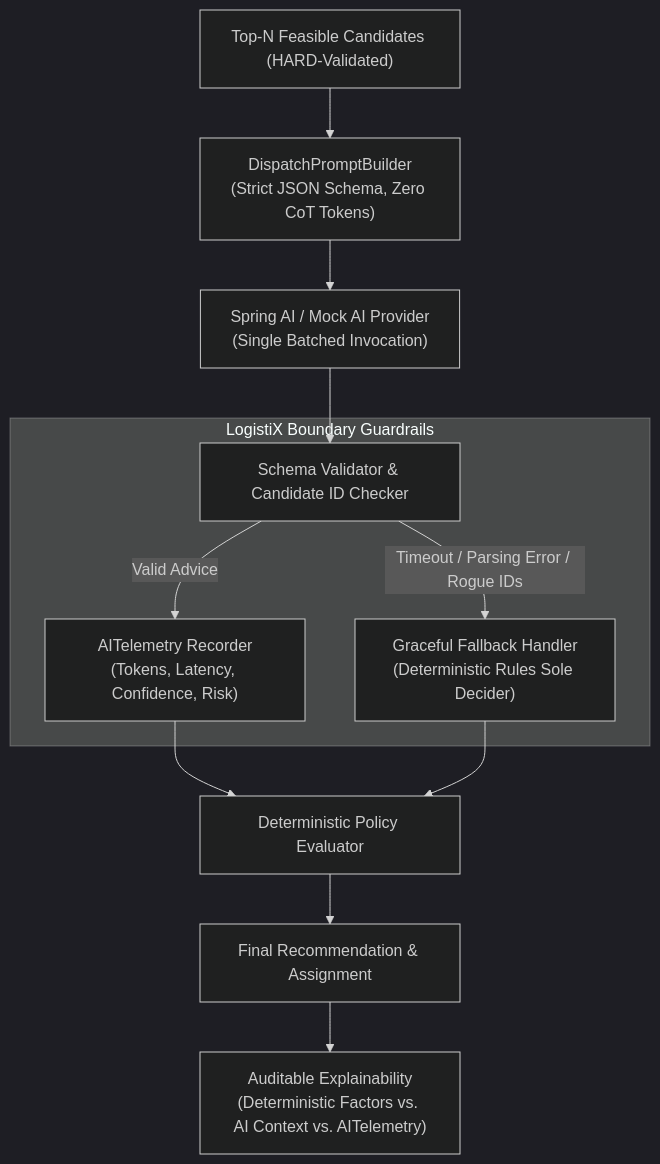
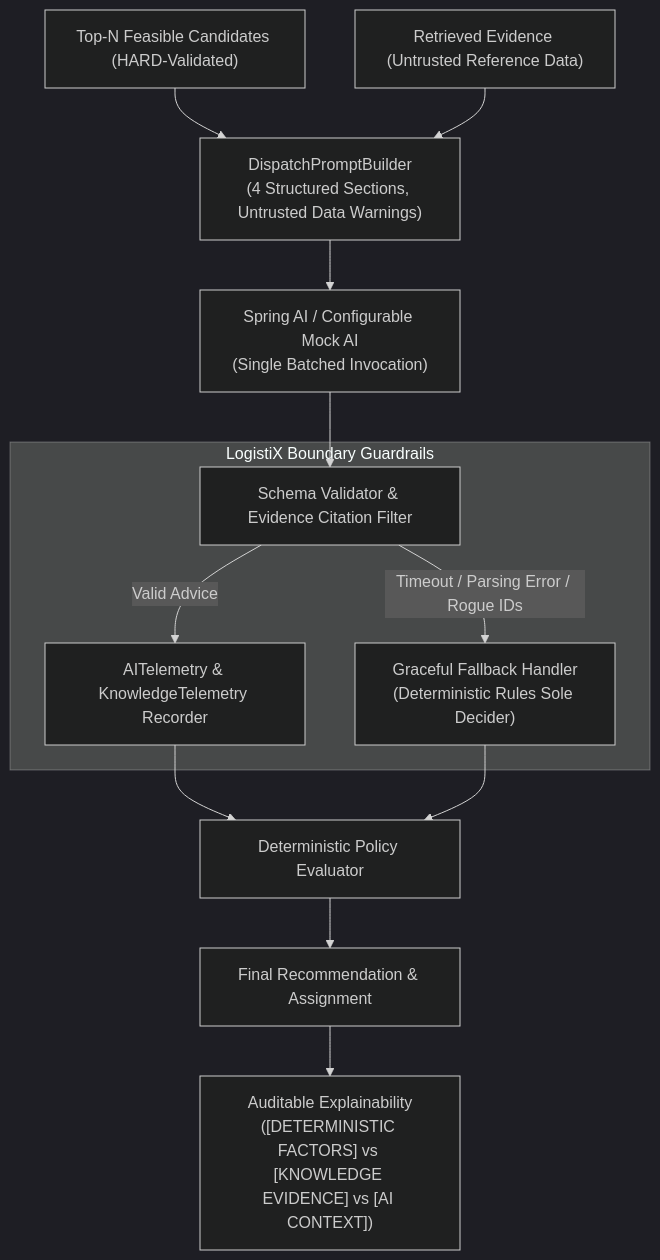
The third of 4 diagrams in architecture/ARCHITECTURE.md (venukommu/LogistiX), drawn with Mermaid (dark theme) before and after one commit. The commit also changed other lines of this file and 39 other files, not shown here.

````diff
--- a/architecture/ARCHITECTURE.md
+++ b/architecture/ARCHITECTURE.md
@@ -108,16 +113,17 @@
 ```mermaid
 flowchart TD
-    FeasibleCandidates["Top-N Feasible Candidates (HARD-Validated)"] --> PromptBuilder["DispatchPromptBuilder<br/>(Strict JSON Schema, Zero CoT Tokens)"]
-    PromptBuilder --> LLM["Spring AI / Mock AI Provider<br/>(Single Batched Invocation)"]
-    LLM --> SchemaValidator["Schema Validator & Candidate ID Checker"]
+    FeasibleCandidates["Top-N Feasible Candidates (HARD-Validated)"] --> PromptBuilder["DispatchPromptBuilder<br/>(4 Structured Sections, Untrusted Data Warnings)"]
+    KnowledgeDocs["Retrieved Evidence (Untrusted Reference Data)"] --> PromptBuilder
+    PromptBuilder --> LLM["Spring AI / Configurable Mock AI<br/>(Single Batched Invocation)"]
+    LLM --> SchemaValidator["Schema Validator & Evidence Citation Filter"]
     
     subgraph SafetyGuardrail ["LogistiX Boundary Guardrails"]
-        SchemaValidator -- Valid Advice --> Telemetry["AITelemetry Recorder<br/>(Tokens, Latency, Confidence, Risk)"]
+        SchemaValidator -- Valid Advice --> Telemetry["AITelemetry & KnowledgeTelemetry Recorder"]
         SchemaValidator -- "Timeout / Parsing Error / Rogue IDs" --> Fallback["Graceful Fallback Handler<br/>(Deterministic Rules Sole Decider)"]
     end
     
     Telemetry --> Policy["Deterministic Policy Evaluator"]
     Fallback --> Policy
     Policy --> FinalRec["Final Recommendation & Assignment"]
-    FinalRec --> Explain["Auditable Explainability<br/>(Deterministic Factors vs. AI Context vs. AITelemetry)"]
+    FinalRec --> Explain["Auditable Explainability<br/>([DETERMINISTIC FACTORS] vs [KNOWLEDGE EVIDENCE] vs [AI CONTEXT])"]
 ```
````
